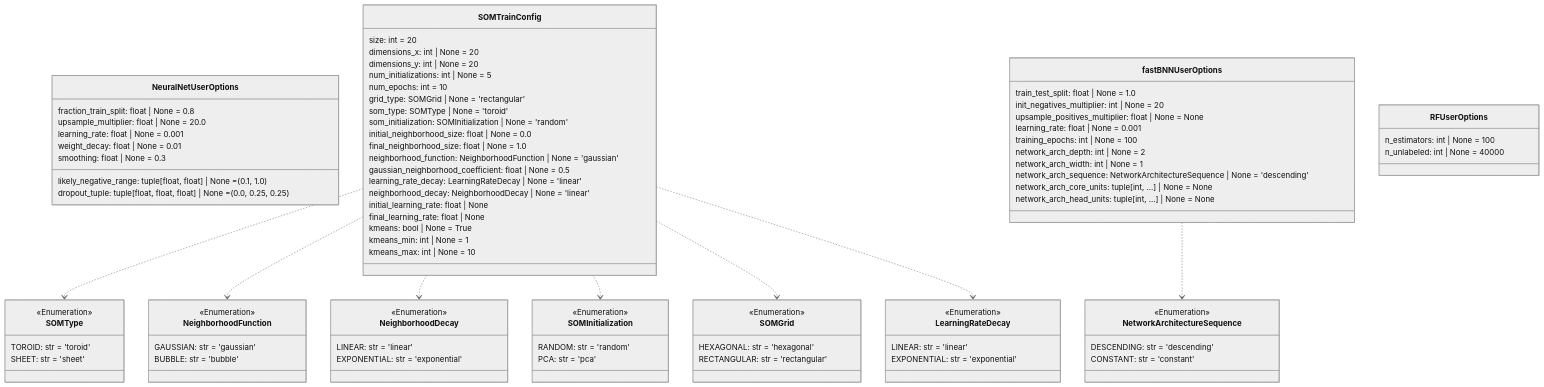
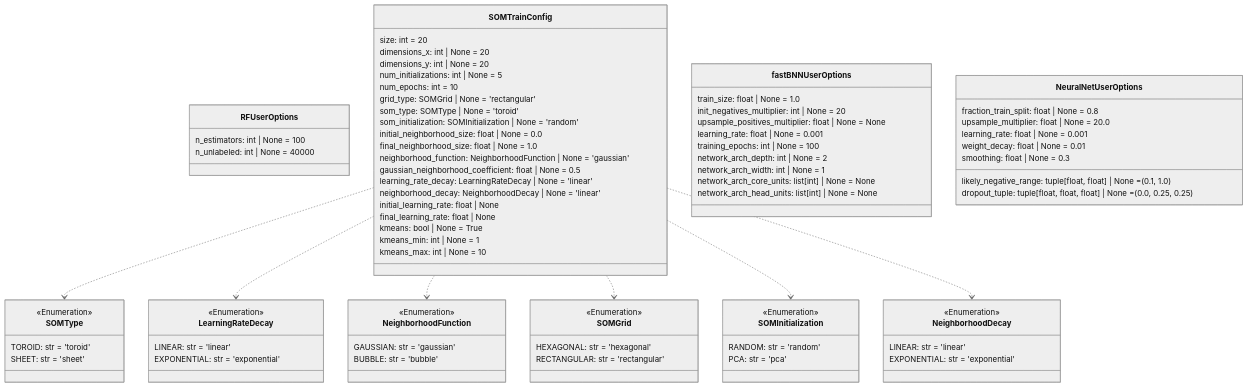
Diagram 14 of 14 in README.md (DARPA-CRITICALMAAS/cdr_schemas), drawn with Mermaid (neutral theme) before and after one commit. The commit also changed other lines of this file and 1 other file, not shown here.

Commit message:
Updated schema for BNN
- Decreased number of parameters
- Added better descriptions

````diff
--- a/README.md
+++ b/README.md
@@ -1310,20 +1308,15 @@
         SHEET: str = 'sheet'
     }
 
-    class NeuralNetUserOptions {
-        likely_negative_range: tuple[float, float] | None = (0.1, 1.0)
-        fraction_train_split: float | None = 0.8
-        upsample_multiplier: float | None = 20.0
-        dropout_tuple: tuple[float, float, float] | None = (0.0, 0.25, 0.25)
-        learning_rate: float | None = 0.001
-        weight_decay: float | None = 0.01
-        smoothing: float | None = 0.3
+    class RFUserOptions {
+        n_estimators: int | None = 100
+        n_unlabeled: int | None = 40000
     }
 
-    class NetworkArchitectureSequence {
+    class LearningRateDecay {
         <<Enumeration>>
-        DESCENDING: str = 'descending'
-        CONSTANT: str = 'constant'
+        LINEAR: str = 'linear'
+        EXPONENTIAL: str = 'exponential'
     }
 
     class SOMGrid {
@@ -1338,10 +1331,16 @@
         EXPONENTIAL: str = 'exponential'
     }
 
-    class LearningRateDecay {
+    class NeighborhoodFunction {
         <<Enumeration>>
-        LINEAR: str = 'linear'
-        EXPONENTIAL: str = 'exponential'
+        GAUSSIAN: str = 'gaussian'
+        BUBBLE: str = 'bubble'
+    }
+
+    class SOMInitialization {
+        <<Enumeration>>
+        RANDOM: str = 'random'
+        PCA: str = 'pca'
     }
 
     class SOMTrainConfig {
@@ -1367,42 +1366,33 @@
     }
 
     class fastBNNUserOptions {
-        train_test_split: float | None = 1.0
+        train_size: float | None = 1.0
         init_negatives_multiplier: int | None = 20
         upsample_positives_multiplier: float | None = None
         learning_rate: float | None = 0.001
         training_epochs: int | None = 100
         network_arch_depth: int | None = 2
         network_arch_width: int | None = 1
-        network_arch_sequence: NetworkArchitectureSequence | None = 'descending'
-        network_arch_core_units: tuple[int, ...] | None = None
-        network_arch_head_units: tuple[int, ...] | None = None
+        network_arch_core_units: list[int] | None = None
+        network_arch_head_units: list[int] | None = None
     }
 
-    class NeighborhoodFunction {
-        <<Enumeration>>
-        GAUSSIAN: str = 'gaussian'
-        BUBBLE: str = 'bubble'
-    }
-
-    class SOMInitialization {
-        <<Enumeration>>
-        RANDOM: str = 'random'
-        PCA: str = 'pca'
-    }
-
-    class RFUserOptions {
-        n_estimators: int | None = 100
-        n_unlabeled: int | None = 40000
+    class NeuralNetUserOptions {
+        likely_negative_range: tuple[float, float] | None = (0.1, 1.0)
+        fraction_train_split: float | None = 0.8
+        upsample_multiplier: float | None = 20.0
+        dropout_tuple: tuple[float, float, float] | None = (0.0, 0.25, 0.25)
+        learning_rate: float | None = 0.001
+        weight_decay: float | None = 0.01
+        smoothing: float | None = 0.3
     }
 
     SOMTrainConfig ..> SOMType
+    SOMTrainConfig ..> LearningRateDecay
     SOMTrainConfig ..> NeighborhoodFunction
+    SOMTrainConfig ..> SOMGrid
+    SOMTrainConfig ..> SOMInitialization
     SOMTrainConfig ..> NeighborhoodDecay
-    SOMTrainConfig ..> SOMInitialization
-    SOMTrainConfig ..> SOMGrid
-    SOMTrainConfig ..> LearningRateDecay
-    fastBNNUserOptions ..> NetworkArchitectureSequence
 
 
 ```
````
